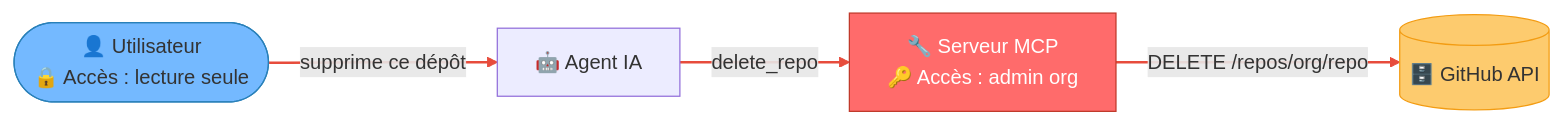
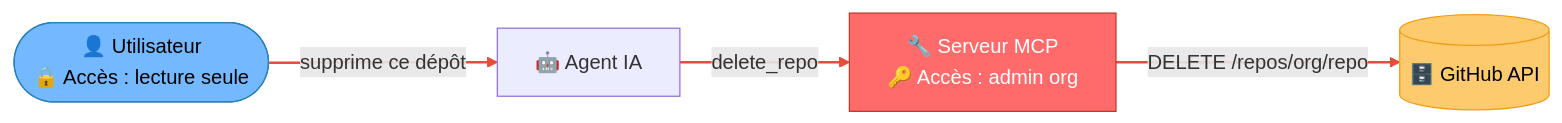
Before and after one commit to pi-2r/devoxxfr2026-workshop-jailbreak-prompt-injection-mcp-poisoning: the fifth of 9 diagrams in step_12.md, drawn with Mermaid. The commit also changed other lines of this file, not shown here.

Commit message:
fix: Update color attributes for diagram elements to ensure visibility

````diff
--- a/step_12.md
+++ b/step_12.md
@@ -197,14 +197,14 @@
 ```mermaid
 graph LR
     U(["👤 Utilisateur<br/>🔒 Accès : lecture seule"]) -->|"supprime ce dépôt"| A["🤖 Agent IA"]
     A -->|delete_repo| MCP["🔧 Serveur MCP<br/>🔑 Accès : admin org"]
     MCP -->|"DELETE /repos/org/repo"| GH[("🗄️ GitHub API")]
 
-    style U fill:#74b9ff,stroke:#2980b9
+    style U fill:#74b9ff,stroke:#2980b9,color:#000
     style MCP fill:#ff6b6b,stroke:#c0392b,color:#fff
-    style GH fill:#fdcb6e,stroke:#f39c12
+    style GH fill:#fdcb6e,stroke:#f39c12,color:#000
 
     linkStyle 0 stroke:#e74c3c,stroke-width:2px
     linkStyle 1 stroke:#e74c3c,stroke-width:2px
     linkStyle 2 stroke:#e74c3c,stroke-width:2px
 ```
````
